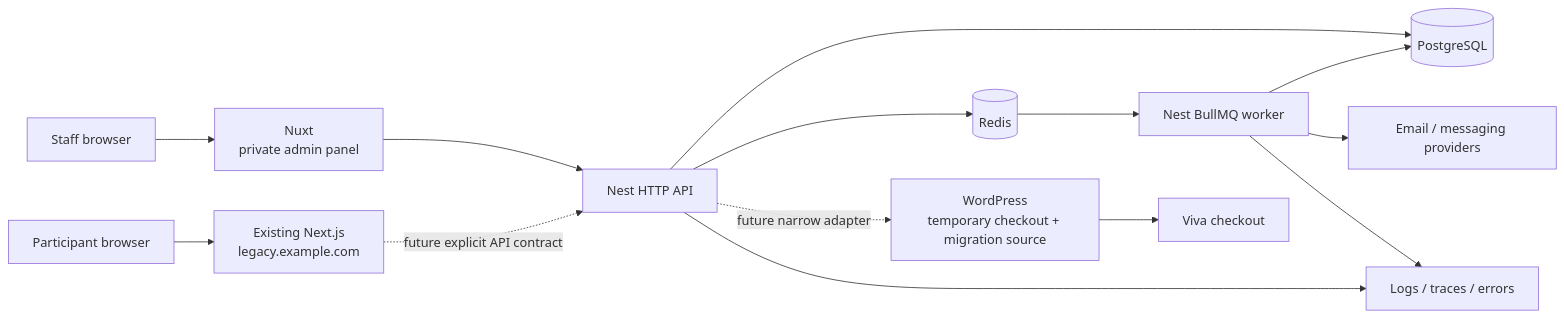
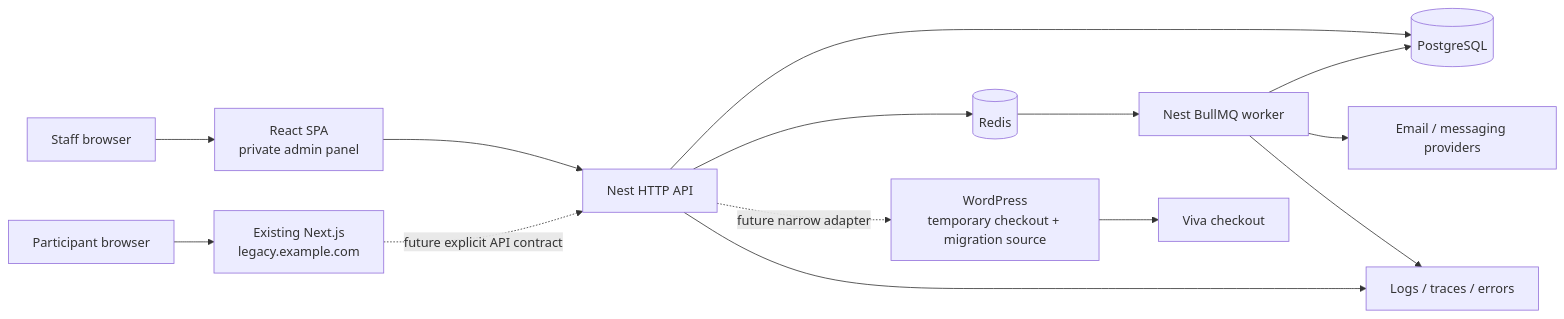
One commit to johnakisk0700/slopform changed the diagram in docs/architecture.md. Above: the diagram before and after it, drawn with Mermaid. The commit also changed other lines of this file and 96 other files, not shown here.

First line of the commit message:
feat: replace the Nuxt admin with a React, HeroUI and Tailwind SPA

````diff
--- a/docs/architecture.md
+++ b/docs/architecture.md
@@ -15,16 +15,16 @@
 ```mermaid
 flowchart LR
-  Staff["Staff browser"] --> Web["Nuxt\nprivate admin panel"]
+  Staff["Staff browser"] --> Web["React SPA\nprivate admin panel"]
   Web --> API["Nest HTTP API"]
   API --> DB[(PostgreSQL)]
   API --> Redis[(Redis)]
   Redis --> Worker["Nest BullMQ worker"]
   Worker --> DB
   Worker --> Providers["Email / messaging providers"]
   API -. "future narrow adapter" .-> WP["WordPress\ntemporary checkout + migration source"]
   WP --> Viva["Viva checkout"]
   Participant["Participant browser"] --> Public["Existing Next.js\nlegacy.example.com"]
   Public -. "future explicit API contract" .-> API
   API --> Obs["Logs / traces / errors"]
   Worker --> Obs
 ```
````
